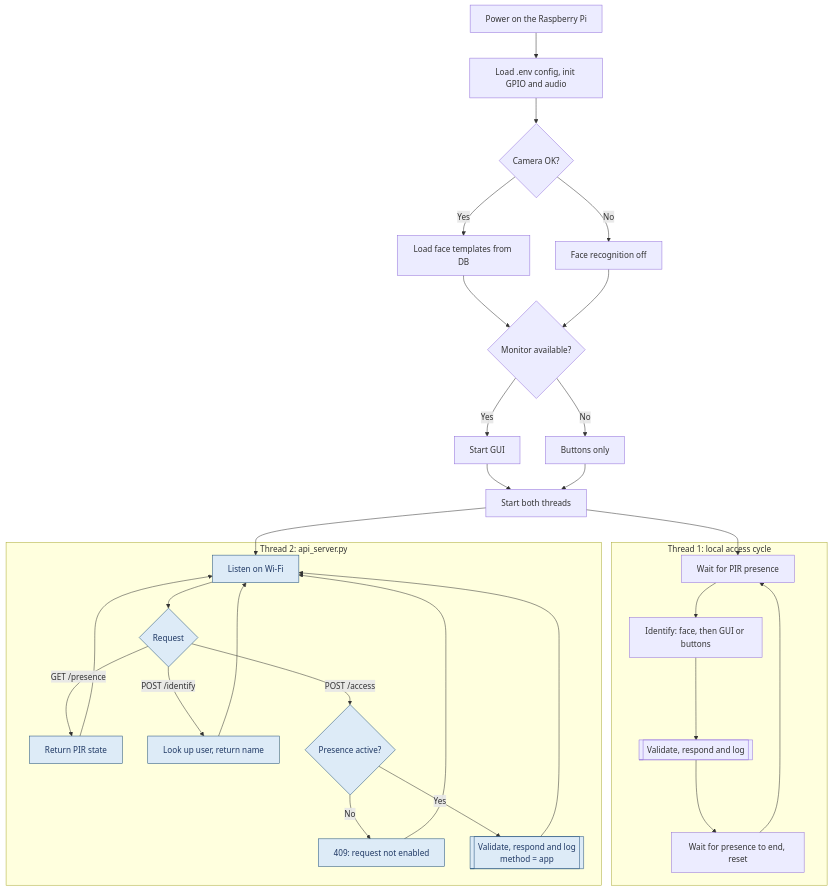
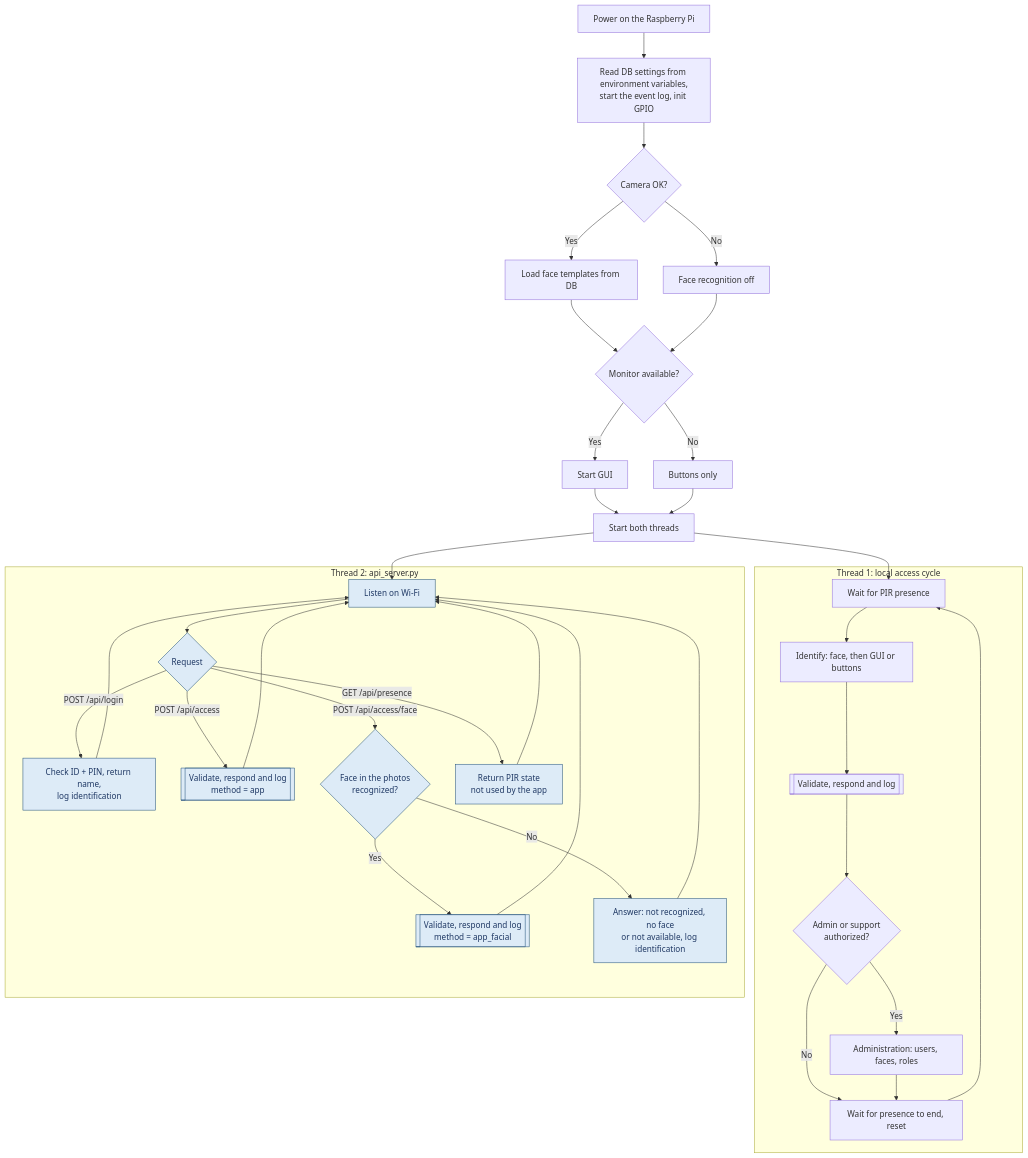
The diagram in docs/system_flowchart.md (MrGodie/ControlAccesoRPI), drawn with Mermaid before and after one commit. The commit also changed 12 other files, not shown here.

````diff
--- a/docs/system_flowchart.md
+++ b/docs/system_flowchart.md
@@ -1,34 +1,38 @@
 ```mermaid
 flowchart TD
-    A[Power on the Raspberry Pi] --> B[Load .env config, init GPIO and audio]
+    A[Power on the Raspberry Pi] --> B[Read DB settings from environment variables,<br/>start the event log, init GPIO]
     B --> C{Camera OK?}
     C -- Yes --> D[Load face templates from DB]
     C -- No --> E[Face recognition off]
     D & E --> F{Monitor available?}
     F -- Yes --> G[Start GUI]
     F -- No --> H[Buttons only]
     G & H --> T[Start both threads]
 
     T --> L1
     T --> A1
 
     subgraph MAIN["Thread 1: local access cycle"]
         L1[Wait for PIR presence] --> L2[Identify: face, then GUI or buttons]
         L2 --> L3[[Validate, respond and log]]
-        L3 --> L4[Wait for presence to end, reset]
+        L3 --> LA{Admin or support<br/>authorized?}
+        LA -- Yes --> LM[Administration: users, faces, roles]
+        LA -- No --> L4
+        LM --> L4[Wait for presence to end, reset]
         L4 --> L1
     end
 
     subgraph API["Thread 2: api_server.py"]
         A1[Listen on Wi-Fi] --> A2{Request}
-        A2 -- GET /presence --> A3[Return PIR state]
-        A2 -- POST /identify --> A4[Look up user, return name]
-        A2 -- POST /access --> A5{Presence active?}
-        A5 -- No --> A6[409: request not enabled]
-        A5 -- Yes --> A7[[Validate, respond and log<br/>method = app]]
-        A3 & A4 & A6 & A7 --> A1
+        A2 -- POST /api/login --> A4[Check ID + PIN, return name,<br/>log identification]
+        A2 -- POST /api/access --> A7[[Validate, respond and log<br/>method = app]]
+        A2 -- POST /api/access/face --> A5{Face in the photos<br/>recognized?}
+        A5 -- Yes --> A8[[Validate, respond and log<br/>method = app_facial]]
+        A5 -- No --> A6[Answer: not recognized, no face<br/>or not available, log identification]
+        A2 -- GET /api/presence --> A3[Return PIR state<br/>not used by the app]
+        A3 & A4 & A6 & A7 & A8 --> A1
     end
 
     classDef app fill:#DDEBF7,stroke:#1F4E79,color:#1F3864;
-    class A1,A2,A3,A4,A5,A6,A7 app;
+    class A1,A2,A3,A4,A5,A6,A7,A8 app;
 ```
````
